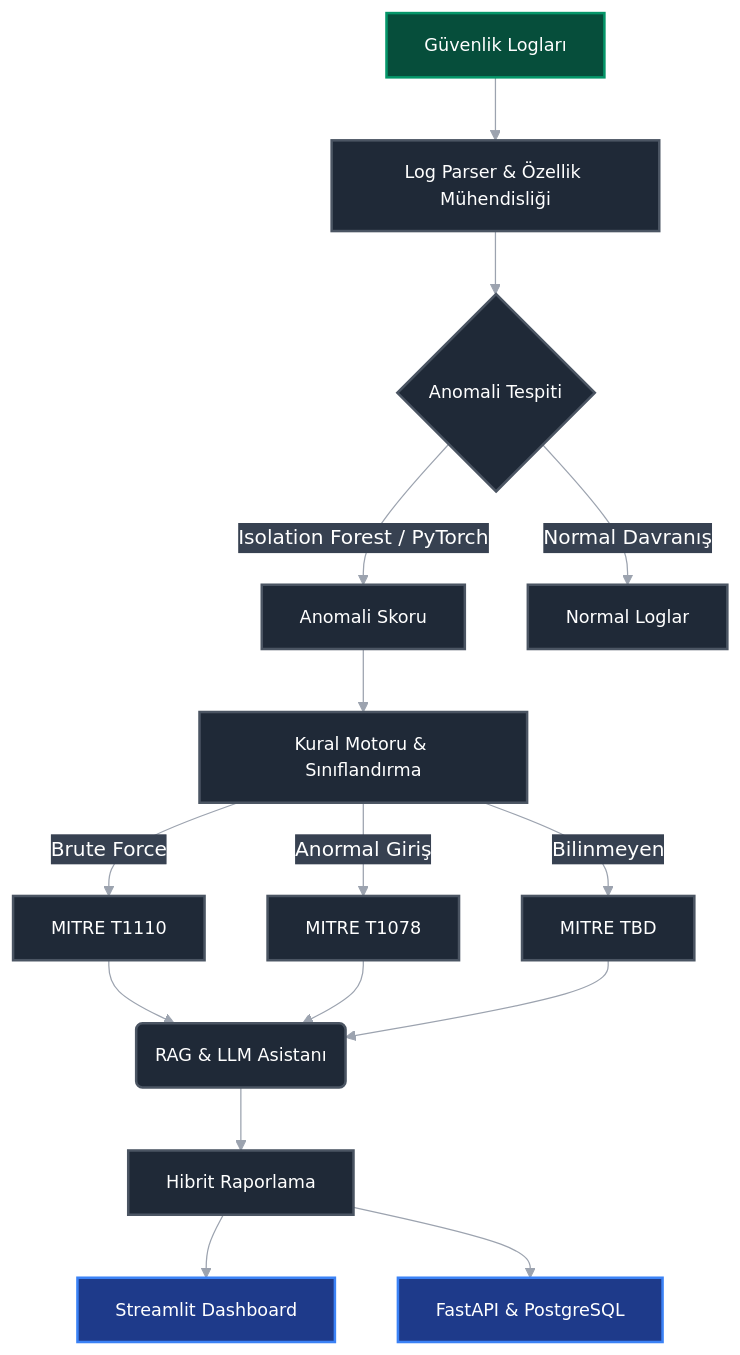
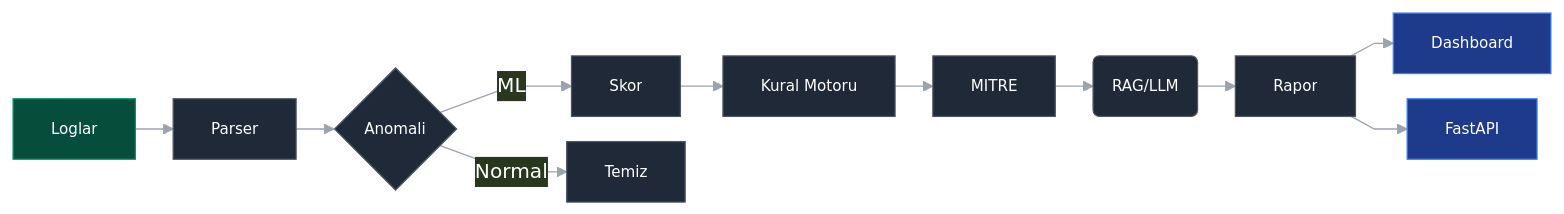
The diagram in README.md (almina-nur/SentinelAI), drawn with Mermaid before and after one commit.

````diff
--- a/README.md
+++ b/README.md
@@ -20,29 +20,24 @@
 ```mermaid
-%%{init: {'theme': 'base', 'themeVariables': { 'primaryColor': '#1f2937', 'primaryTextColor': '#ffffff', 'primaryBorderColor': '#4b5563', 'lineColor': '#9ca3af', 'secondaryColor': '#374151', 'tertiaryColor': '#111827'}}}%%
-graph TD
-    A["Güvenlik Logları"] --> B["Log Parser & Özellik Mühendisliği"]
-    B --> C{"Anomali Tespiti"}
+%%{init: {'flowchart': {'curve': 'linear', 'nodeSpacing': 20, 'rankSpacing': 30}, 'theme': 'base', 'themeVariables': { 'primaryColor': '#1f2937', 'primaryTextColor': '#ffffff', 'primaryBorderColor': '#4b5563', 'lineColor': '#9ca3af'}}}%%
+graph LR
+    A["Loglar"] --> B["Parser"]
+    B --> C{"Anomali"}
     
-    C -->|Isolation Forest / PyTorch| D["Anomali Skoru"]
-    C -->|Normal Davranış| E["Normal Loglar"]
+    C -->|ML| D["Skor"]
+    C -->|Normal| E["Temiz"]
     
-    D --> F["Kural Motoru & Sınıflandırma"]
-    F -->|Brute Force| G["MITRE T1110"]
-    F -->|Anormal Giriş| H["MITRE T1078"]
-    F -->|Bilinmeyen| I["MITRE TBD"]
+    D --> F["Kural Motoru"]
+    F --> G["MITRE"]
     
-    G --> J("RAG & LLM Asistanı")
-    H --> J
-    I --> J
+    G --> J("RAG/LLM")
+    J --> K["Rapor"]
+    K --> L["Dashboard"]
+    K --> M["FastAPI"]
     
-    J --> K["Hibrit Raporlama"]
-    K --> L["Streamlit Dashboard"]
-    K --> M["FastAPI & PostgreSQL"]
-    
-    classDef default fill:#1f2937,stroke:#4b5563,stroke-width:2px,color:#ffffff,font-size:14px;
-    classDef input fill:#064e3b,stroke:#059669,stroke-width:2px,color:#ffffff,font-size:14px;
-    classDef output fill:#1e3a8a,stroke:#3b82f6,stroke-width:2px,color:#ffffff,font-size:14px;
+    classDef default fill:#1f2937,stroke:#4b5563,stroke-width:1px,color:#fff,font-size:12px;
+    classDef input fill:#064e3b,stroke:#059669,stroke-width:1px,color:#fff,font-size:12px;
+    classDef output fill:#1e3a8a,stroke:#3b82f6,stroke-width:1px,color:#fff,font-size:12px;
     
     class A input;
     class L,M output;
 ```
````
